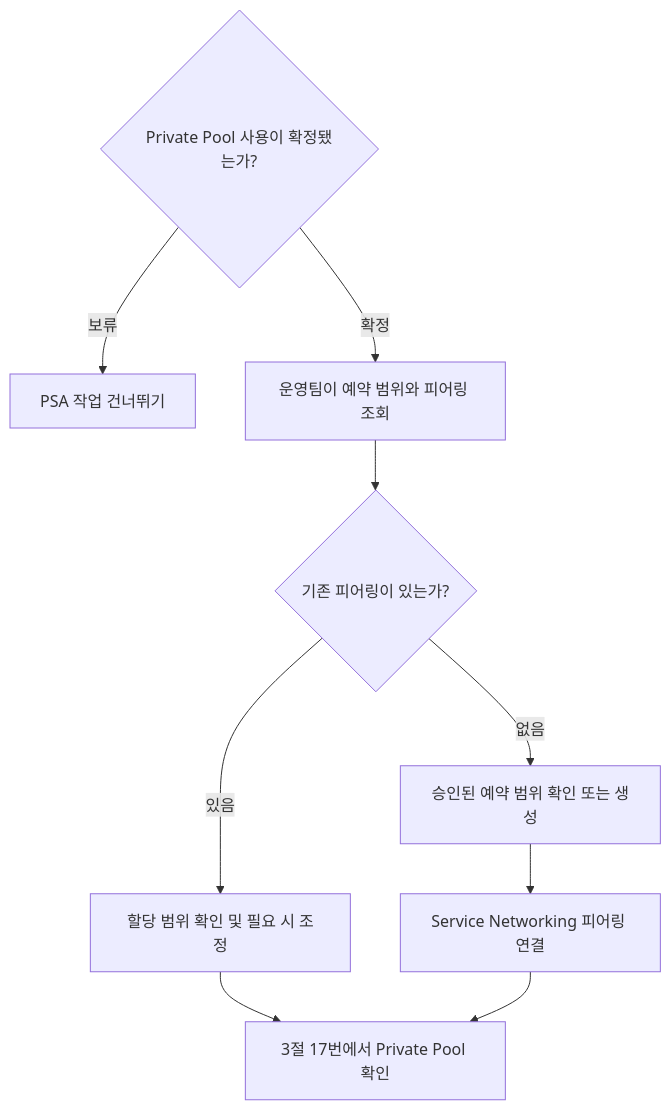
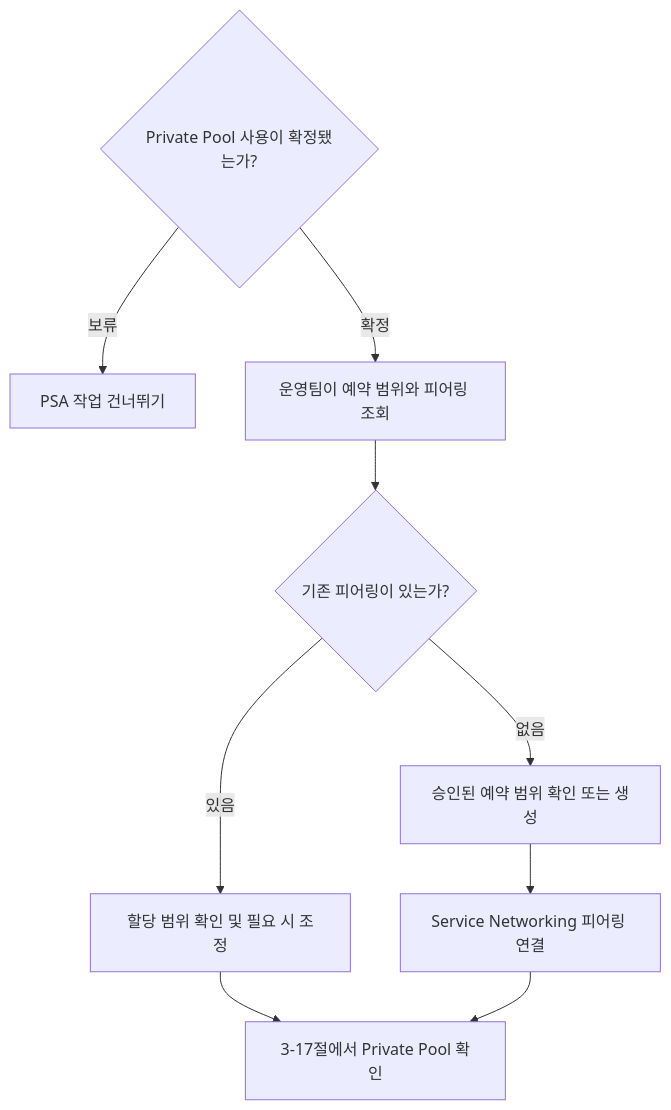
Before and after one commit to sonmap/https-github.com-sonmap-GCP_SBX_Test02: the third of 8 diagrams in 02.infra-setup/infra-setup-commend.md, drawn with Mermaid. The commit also changed other lines of this file, not shown here.

````diff
--- a/02.infra-setup/infra-setup-commend.md
+++ b/02.infra-setup/infra-setup-commend.md
@@ -845,12 +935,12 @@
 ```mermaid
 flowchart TD
     A{"Private Pool 사용이 확정됐는가?"}
     A -->|보류| B["PSA 작업 건너뛰기"]
     A -->|확정| C["운영팀이 예약 범위와 피어링 조회"]
     C --> D{"기존 피어링이 있는가?"}
     D -->|있음| E["할당 범위 확인 및 필요 시 조정"]
     D -->|없음| F["승인된 예약 범위 확인 또는 생성"]
     F --> G["Service Networking 피어링 연결"]
-    E --> H["3절 17번에서 Private Pool 확인"]
+    E --> H["3-17절에서 Private Pool 확인"]
     G --> H
 ```
````
